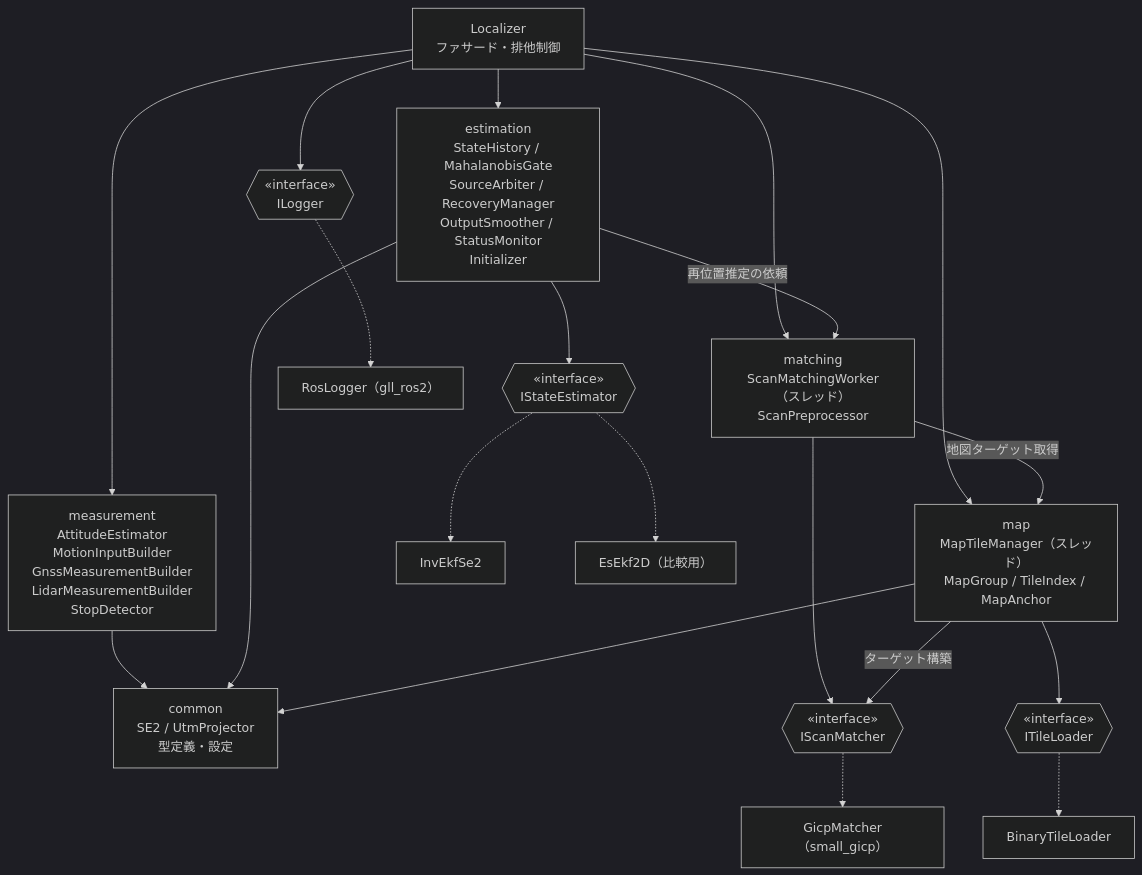
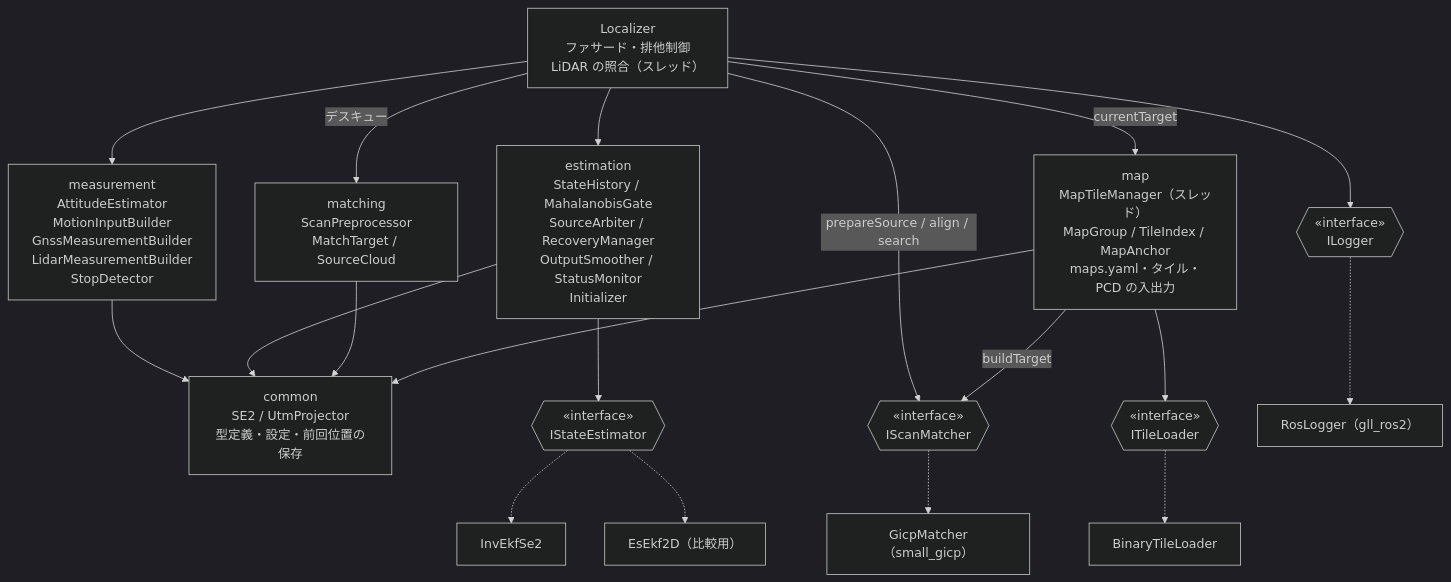
One commit to mamoru1126/gnss_and_lidar_localization changed the second of 15 diagrams in docs/architecture.md. Above: the diagram before and after it, drawn with Mermaid (dark theme). The commit also changed other lines of this file and 12 other files, not shown here.

First line of the commit message:
feat: 地図上での初期化にタイムアウトを追加し、Phase 2 に合わせて文書を更新

````diff
--- a/docs/architecture.md
+++ b/docs/architecture.md
@@ -80,44 +81,42 @@
 ```mermaid
 flowchart TB
-  LOC["Localizer<br/>ファサード・排他制御"]
+  LOC["Localizer<br/>ファサード・排他制御<br/>LiDAR の照合（スレッド）"]
 
   MEAS["measurement<br/>AttitudeEstimator<br/>MotionInputBuilder<br/>GnssMeasurementBuilder<br/>LidarMeasurementBuilder<br/>StopDetector"]
   EST["estimation<br/>StateHistory / MahalanobisGate<br/>SourceArbiter / RecoveryManager<br/>OutputSmoother / StatusMonitor<br/>Initializer"]
-  MATCH["matching<br/>ScanMatchingWorker（スレッド）<br/>ScanPreprocessor"]
-  MAPC["map<br/>MapTileManager（スレッド）<br/>MapGroup / TileIndex / MapAnchor"]
-  COMMON["common<br/>SE2 / UtmProjector<br/>型定義・設定"]
+  MATCH["matching<br/>ScanPreprocessor<br/>MatchTarget / SourceCloud"]
+  MAPC["map<br/>MapTileManager（スレッド）<br/>MapGroup / TileIndex / MapAnchor<br/>maps.yaml・タイル・PCD の入出力"]
+  COMMON["common<br/>SE2 / UtmProjector<br/>型定義・設定・前回位置の保存"]
 
   ISE{{"«interface»<br/>IStateEstimator"}}
   ISM{{"«interface»<br/>IScanMatcher"}}
   ITL{{"«interface»<br/>ITileLoader"}}
   ILG{{"«interface»<br/>ILogger"}}
 
   INVEKF["InvEkfSe2"]
   ESEKF["EsEkf2D（比較用）"]
   GICP["GicpMatcher（small_gicp）"]
   BTL["BinaryTileLoader"]
   RLOG["RosLogger（gll_ros2）"]
 
   LOC --> MEAS
   LOC --> EST
-  LOC --> MATCH
-  LOC --> MAPC
+  LOC -->|"デスキュー"| MATCH
+  LOC -->|"currentTarget"| MAPC
+  LOC -->|"prepareSource / align / search"| ISM
   LOC --> ILG
 
   EST --> ISE
   ISE -.-> INVEKF
   ISE -.-> ESEKF
-  MATCH --> ISM
   ISM -.-> GICP
+  MAPC -->|"buildTarget"| ISM
   MAPC --> ITL
   ITL -.-> BTL
   ILG -.-> RLOG
 
-  EST -- 再位置推定の依頼 --> MATCH
-  MAPC -- ターゲット構築 --> ISM
-  MATCH -- 地図ターゲット取得 --> MAPC
-
   MEAS --> COMMON
   EST --> COMMON
+  MATCH --> COMMON
   MAPC --> COMMON
 ```
````
